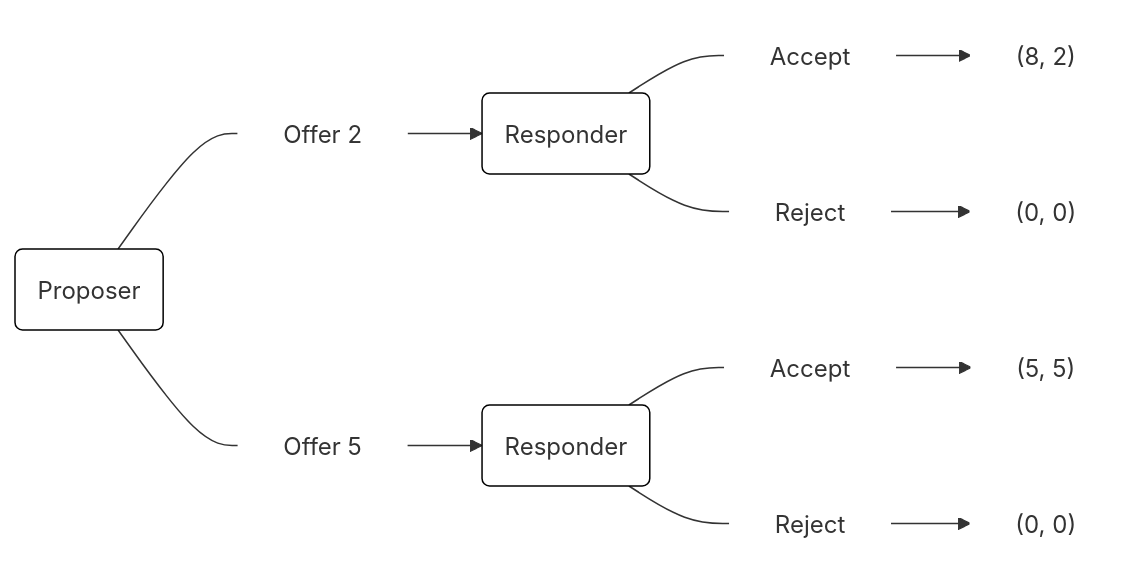
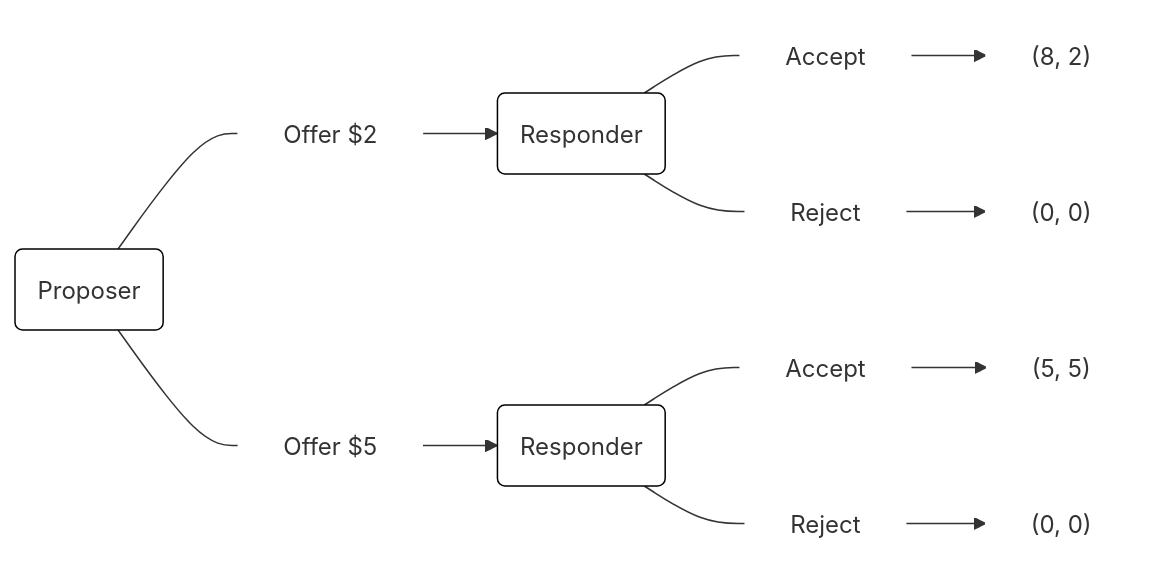
One commit to jasonacollins/behaviouraleconomics changed the second of 5 diagrams in social-preferences/reciprocity.qmd. Above: the diagram before and after it, drawn with Mermaid. The commit also changed other lines of this file and 98 other files, not shown here.

````diff
--- a/social-preferences/reciprocity.qmd
+++ b/social-preferences/reciprocity.qmd
@@ -19,24 +48,24 @@
 ```{mermaid}
-%%| fig-width: 4
+%%| fig-width: 5
 %%| label: fig-ultimatum-game-scenario-1
 %%| fig-cap: Scenario 1 of the ultimatum game
 %%| mermaid-format: png
 
 graph LR
-    A(Proposer) ---B[Offer 2] --> C(Responder)
-    A(Proposer) ---D[Offer 5] --> E(Responder)
+    A(Proposer) ---B[Offer $2] --> C(Responder)
+    A(Proposer) ---D[Offer $5] --> E(Responder)
     C ---F[Accept] --> H["(8, 2)"]
     C ---G[Reject] --> I["(0, 0)"]
     E ---J[Accept] --> L["(5, 5)"]
     E ---K[Reject] --> M["(0, 0)"]
 
     classDef node fill:#FFF, stroke:#000;
     class A,C,E node;
 
     classDef edge fill:#FFF, stroke:#FFF;
     class B,D,F,G,J,K edge;
 
     classDef payoff fill:#FFF, stroke:#FFF;
     class H,I,L,M payoff;
 
 ```
````
